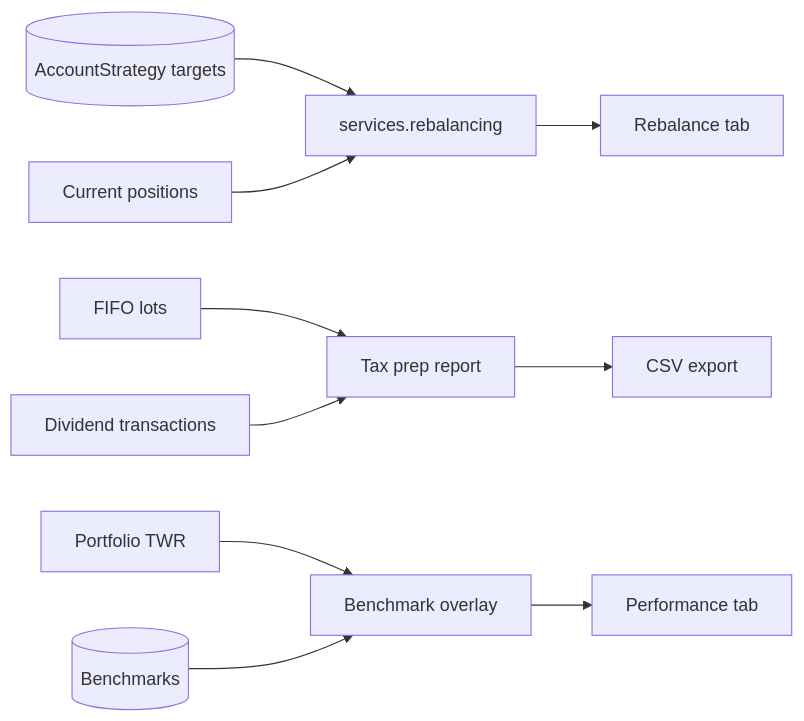
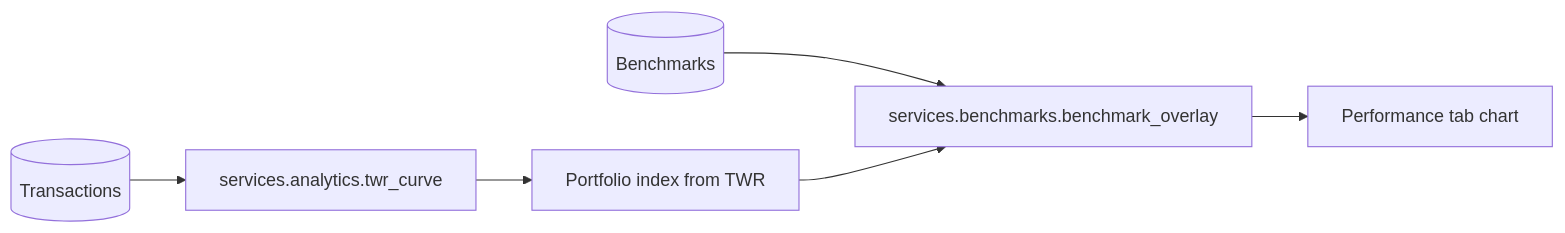
Before and after one commit to derruba2000/PortfolioTracker: the fifth of 5 diagrams in doc/architecture.md, drawn with Mermaid. The commit also changed other lines of this file and 1 other file, not shown here.

Commit message:
Enhance analytics and dashboard features with improved market value calculations and formatting

````diff
--- a/doc/architecture.md
+++ b/doc/architecture.md
@@ -480,14 +297,8 @@
 ```mermaid
 flowchart LR
-    Targets[(AccountStrategy targets)] --> Rebalancer[services.rebalancing]
-    Positions[Current positions] --> Rebalancer
-    Rebalancer --> RebalanceTab[Rebalance tab]
-
-    TaxLots[FIFO lots] --> TaxPrep[Tax prep report]
-    Dividends[Dividend transactions] --> TaxPrep
-    TaxPrep --> CSV[CSV export]
-
-    PortfolioTWR[Portfolio TWR] --> Overlay[Benchmark overlay]
-    Benchmarks[(Benchmarks)] --> Overlay
-    Overlay --> PerformanceTab[Performance tab]
+    Tx[(Transactions)] --> A[services.analytics.twr_curve]
+    A --> P[Portfolio index from TWR]
+    B[(Benchmarks)] --> O[services.benchmarks.benchmark_overlay]
+    P --> O
+    O --> Perf[Performance tab chart]
 ```
````
